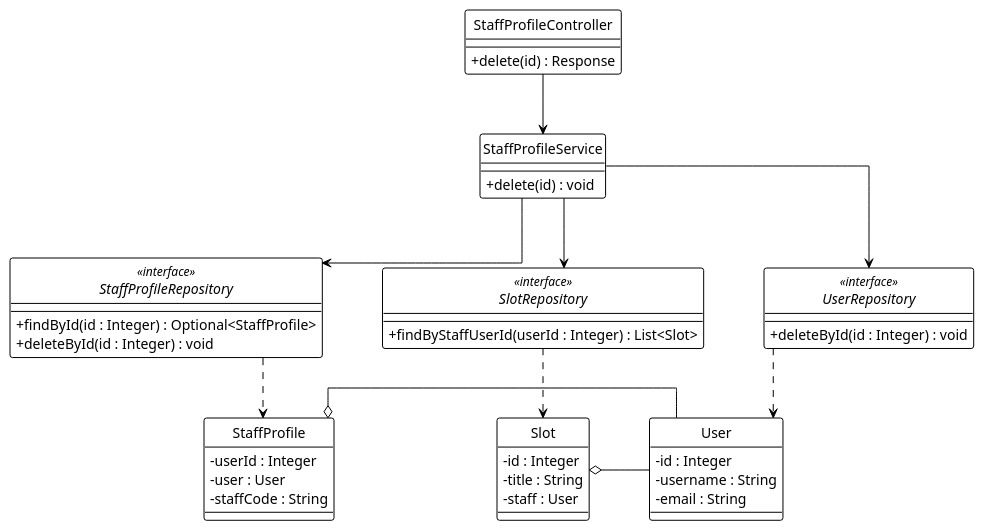
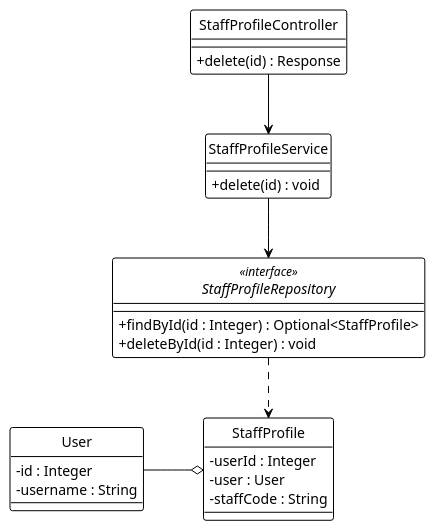
The diagram in system_detailed_design/53_delete_staff/class_diagram_delete_staff.puml (Ndh474/context), drawn with PlantUML before and after one commit. The commit also changed 8 other files, not shown here.

```diff
--- a/system_detailed_design/53_delete_staff/class_diagram_delete_staff.puml
+++ b/system_detailed_design/53_delete_staff/class_diagram_delete_staff.puml
@@ -1,69 +1,49 @@
 @startuml delete_staff
 !theme plain
 hide circle
 skinparam classAttributeIconSize 0
 
 ' --- CẤU HÌNH "ORTHO" (BẮT BUỘC) ---
 skinparam linetype ortho
 skinparam nodesep 60
 skinparam ranksep 60
 
 ' --- CONTROLLER ---
 class StaffProfileController {
   + delete(id) : Response
 }
 
 ' --- SERVICE ---
 class StaffProfileService {
   + delete(id) : void
 }
 
 ' --- REPOSITORY ---
 interface StaffProfileRepository <<interface>> {
   + findById(id : Integer) : Optional<StaffProfile>
   + deleteById(id : Integer) : void
 }
 
-interface SlotRepository <<interface>> {
-  + findByStaffUserId(userId : Integer) : List<Slot>
-}
-
-interface UserRepository <<interface>> {
-  + deleteById(id : Integer) : void
-}
-
 ' --- ENTITIES ---
 class StaffProfile {
   - userId : Integer
   - user : User
   - staffCode : String
 }
 
 class User {
   - id : Integer
   - username : String
-  - email : String
-}
-
-class Slot {
-  - id : Integer
-  - title : String
-  - staff : User
 }
 
 ' --- DEPENDENCY INJECTION (Association) ---
 StaffProfileController -down-> StaffProfileService
 StaffProfileService -down-> StaffProfileRepository
-StaffProfileService -down-> SlotRepository
-StaffProfileService -down-> UserRepository
 
 ' --- REPOSITORY USAGE (Dependency) ---
 StaffProfileRepository .down.> StaffProfile
-SlotRepository .down.> Slot
-UserRepository .down.> User
 
 ' --- ENTITY RELATIONSHIPS (Aggregation) ---
-StaffProfile o-right- User
-Slot o-right- User
+StaffProfile o-left- User
 
 @enduml
```
